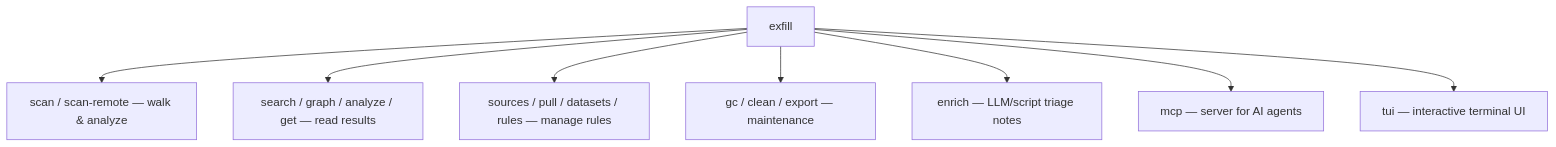
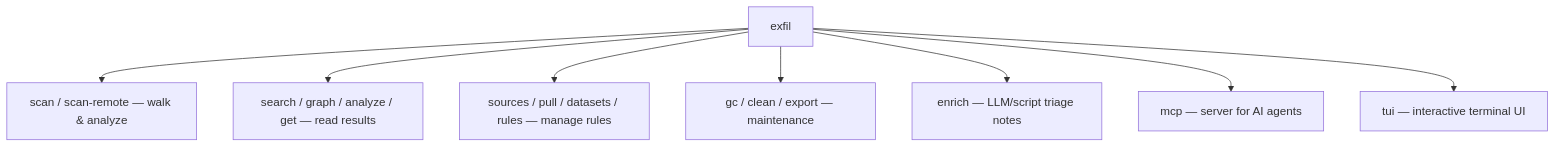
Before and after one commit to rangertaha/exfil: the first of 9 diagrams in docs/architecture/cli-tui.md, drawn with Mermaid. The commit also changed other lines of this file and 129 other files, not shown here.

First line of the commit message:
Rename the tool: exfill -> exfil

````diff
--- a/docs/architecture/cli-tui.md
+++ b/docs/architecture/cli-tui.md
@@ -21,10 +21,10 @@
 ```mermaid
 flowchart TD
-    EXF["exfill"] --> SCAN["scan / scan-remote — walk & analyze"]
+    EXF["exfil"] --> SCAN["scan / scan-remote — walk & analyze"]
     EXF --> QUERY["search / graph / analyze / get — read results"]
     EXF --> DATA["sources / pull / datasets / rules — manage rules"]
     EXF --> MAINT["gc / clean / export — maintenance"]
     EXF --> ENR["enrich — LLM/script triage notes"]
     EXF --> SERVE["mcp — server for AI agents"]
     EXF --> UI["tui — interactive terminal UI"]
 ```
````
